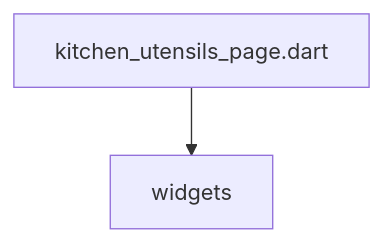
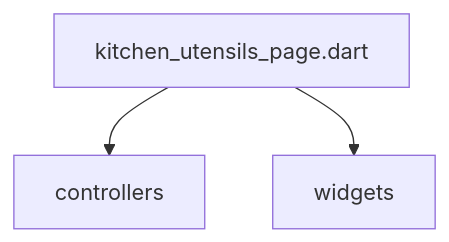
The diagram in lib/features/kitchen_utensils/presentation/DEPS.md (repinw/yamt), drawn with Mermaid before and after one commit. The commit also changed 107 other files, not shown here.

Commit message:
ref(yamt): architecture fix

````diff
--- a/lib/features/kitchen_utensils/presentation/DEPS.md
+++ b/lib/features/kitchen_utensils/presentation/DEPS.md
@@ -6,4 +6,5 @@
 ```mermaid
 flowchart TD;
+kitchen_utensils_page.dart-->controllers;
 kitchen_utensils_page.dart-->widgets;
 ```
````
